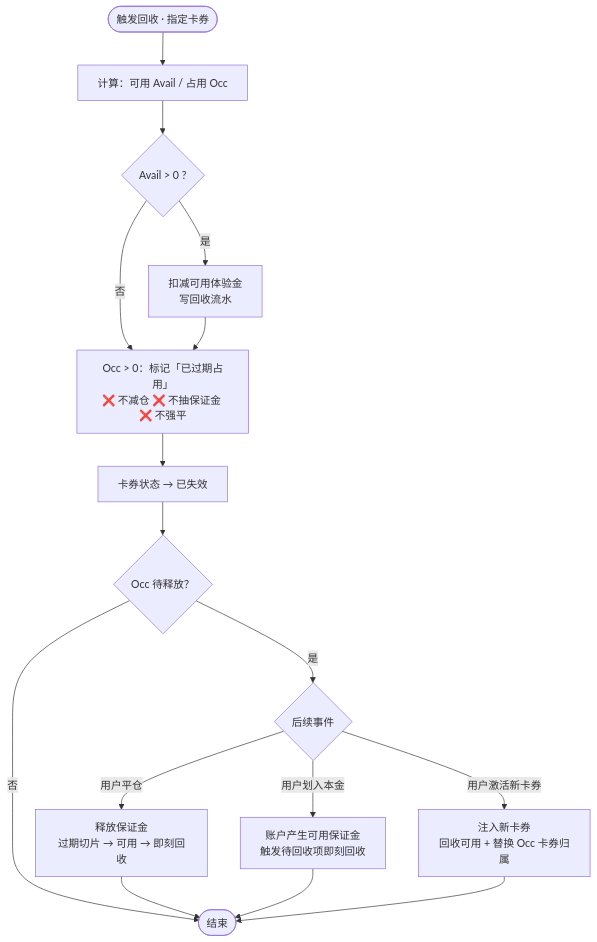
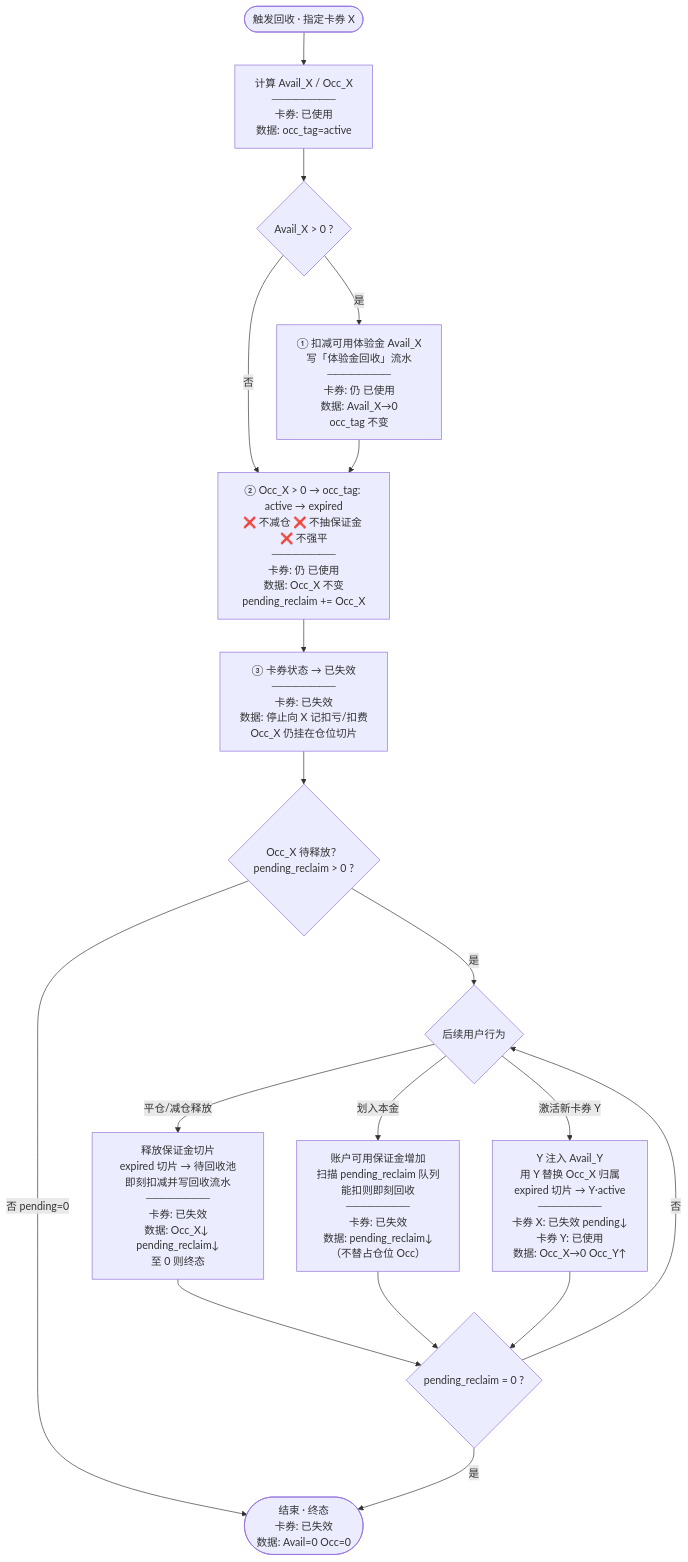
The diagram in perp_dex/流程图/体验金回收机制v2.mmd (DashuaibiZZY/prototype), drawn with Mermaid before and after one commit. The commit also changed 2 other files, not shown here.

Commit message:
文档：体验金 v2 流程图标注卡券/数据状态并补综合时序
- 回收流程每步标注卡券状态机与 avail/occ/pending 数据标记
- 新增双层状态模型、动作对照速查、occ_tag 切片状态机
- 新增 v2-时序.mmd：平仓/划入本金/新卡券三路径与流水

```diff
--- a/perp_dex/流程图/体验金回收机制v2.mmd
+++ b/perp_dex/流程图/体验金回收机制v2.mmd
@@ -1,22 +1,30 @@
 flowchart TB
-    START([触发回收 · 指定卡券]) --> CALC[计算：可用 Avail / 占用 Occ]
+    START([触发回收 · 指定卡券 X]) --> CALC["计算 Avail_X / Occ_X<br/>────────<br/>卡券: 已使用<br/>数据: occ_tag=active"]
 
-    CALC --> R1{Avail > 0 ?}
-    R1 -->|是| R1A[扣减可用体验金<br/>写回收流水]
+    CALC --> R1{Avail_X > 0 ?}
+
+    R1 -->|是| R1A["① 扣减可用体验金 Avail_X<br/>写「体验金回收」流水<br/>────────<br/>卡券: 仍 已使用<br/>数据: Avail_X→0<br/>occ_tag 不变"]
     R1 -->|否| R2
     R1A --> R2
 
-    R2[Occ > 0：标记「已过期占用」<br/>❌ 不减仓 ❌ 不抽保证金 ❌ 不强平]
-    R2 --> R3[卡券状态 → 已失效]
+    R2["② Occ_X > 0 → occ_tag: active → expired<br/>❌ 不减仓 ❌ 不抽保证金 ❌ 不强平<br/>────────<br/>卡券: 仍 已使用<br/>数据: Occ_X 不变<br/>pending_reclaim += Occ_X"]
+    R2 --> R3
 
-    R3 --> WAIT{Occ 待释放？}
-    WAIT -->|否| END([结束])
-    WAIT -->|是| EVT{后续事件}
+    R3["③ 卡券状态 → 已失效<br/>────────<br/>卡券: 已失效<br/>数据: 停止向 X 记扣亏/扣费<br/>Occ_X 仍挂在仓位切片"]
 
-    EVT -->|用户平仓| E1[释放保证金<br/>过期切片 → 可用 → 即刻回收]
-    EVT -->|用户划入本金| E2[账户产生可用保证金<br/>触发待回收项即刻回收]
-    EVT -->|用户激活新卡券| E3[注入新卡券<br/>回收可用 + 替换 Occ 卡券归属]
+    R3 --> WAIT{Occ_X 待释放？<br/>pending_reclaim > 0 ?}
 
-    E1 --> END
-    E2 --> END
-    E3 --> END
+    WAIT -->|否 pending=0| END(["结束 · 终态<br/>卡券: 已失效<br/>数据: Avail=0 Occ=0"])
+
+    WAIT -->|是| EVT{后续用户行为}
+
+    EVT -->|平仓/减仓释放| E1["释放保证金切片<br/>expired 切片 → 待回收池<br/>即刻扣减并写回收流水<br/>────────<br/>卡券: 已失效<br/>数据: Occ_X↓ pending_reclaim↓<br/>至 0 则终态"]
+    EVT -->|划入本金| E2["账户可用保证金增加<br/>扫描 pending_reclaim 队列<br/>能扣则即刻回收<br/>────────<br/>卡券: 已失效<br/>数据: pending_reclaim↓<br/>（不替占仓位 Occ）"]
+    EVT -->|激活新卡券 Y| E3["Y 注入 Avail_Y<br/>用 Y 替换 Occ_X 归属<br/>expired 切片 → Y·active<br/>────────<br/>卡券 X: 已失效 pending↓<br/>卡券 Y: 已使用<br/>数据: Occ_X→0 Occ_Y↑"]
+
+    E1 --> CHECK{pending_reclaim = 0 ?}
+    E2 --> CHECK
+    E3 --> CHECK
+
+    CHECK -->|是| END
+    CHECK -->|否| EVT
```
